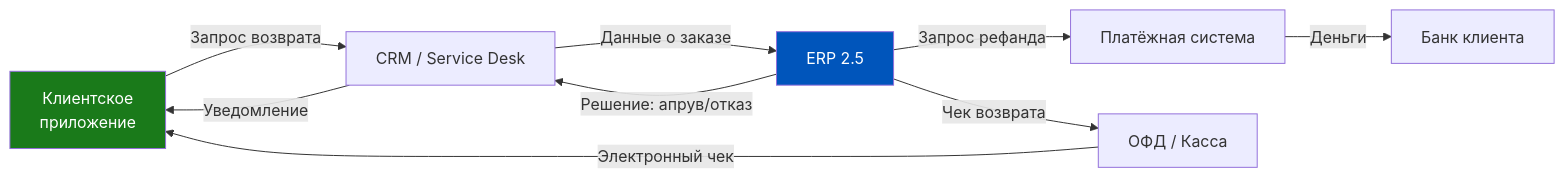
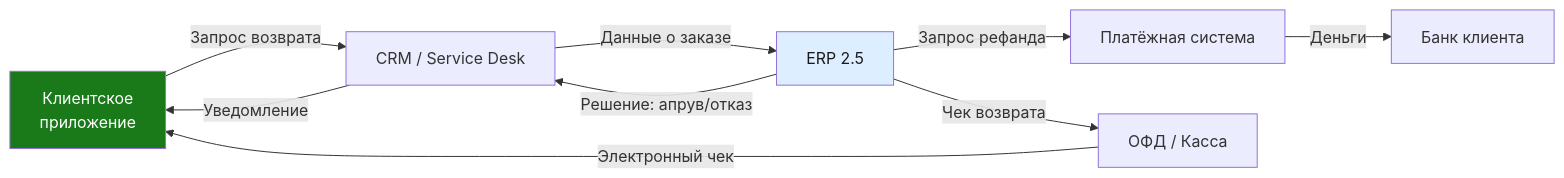
The ninth of 9 diagrams in content/1c-erp/week_7/Неделя 7 - День 5 - Возвраты от покупателей.md (murad1986/1c-erp-quartz), drawn with Mermaid before and after one commit. The commit also changed other lines of this file and 57 other files, not shown here.

First line of the commit message:
fix: Mermaid — пастельные цвета в источниках диаграмм (56 файлов)

````diff
--- a/content/1c-erp/week_7/Неделя 7 - День 5 - Возвраты от покупателей.md
+++ b/content/1c-erp/week_7/Неделя 7 - День 5 - Возвраты от покупателей.md
@@ -527,14 +527,14 @@
 ```mermaid
 graph LR
     A[Клиентское<br/>приложение] -->|Запрос возврата| B[CRM / Service Desk]
     B -->|Данные о заказе| C[ERP 2.5]
     C -->|Решение: апрув/отказ| B
     C -->|Запрос рефанда| D[Платёжная система]
     D -->|Деньги| E[Банк клиента]
     C -->|Чек возврата| F[ОФД / Касса]
     F -->|Электронный чек| A
     B -->|Уведомление| A
 
-    style C fill:#0055BB,color:#fff
+    style C fill:#dceeff,color:#1a1a1a
     style A fill:#1a7a1a,color:#fff
 ```
````
